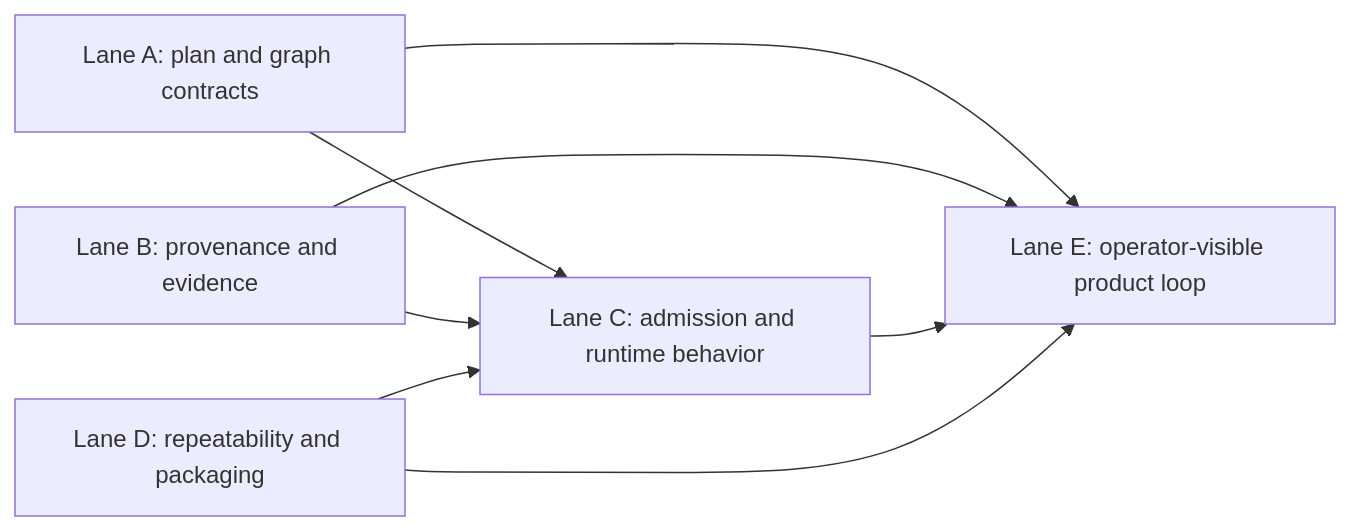
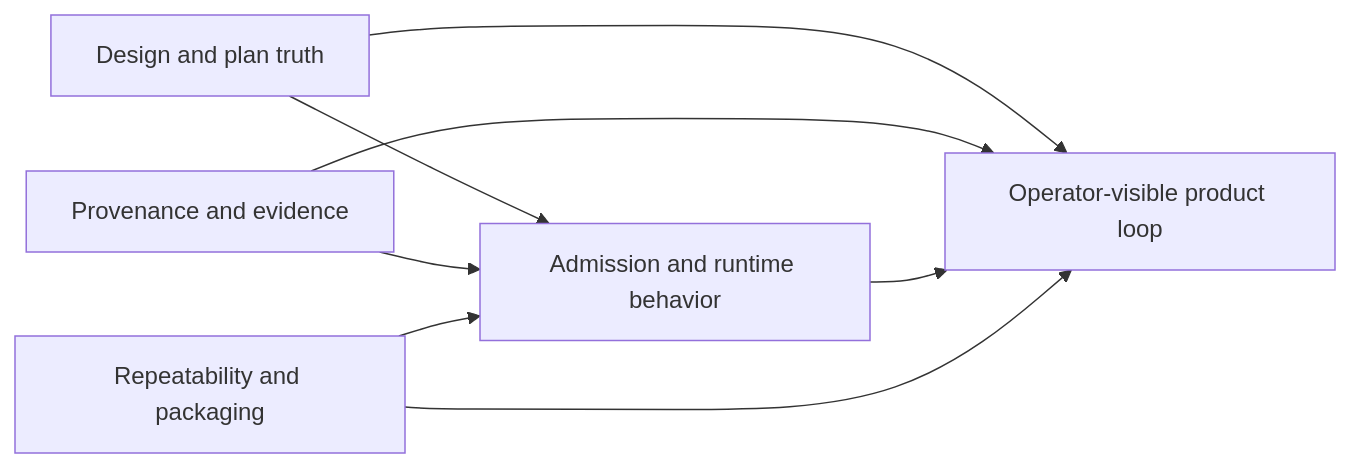
Before and after one commit to dunay2/dvt: the first of 3 diagrams in docs/planning/roadmap/strategic-product-roadmap.md, drawn with Mermaid. The commit also changed other lines of this file and 33 other files, not shown here.

````diff
--- a/docs/planning/roadmap/strategic-product-roadmap.md
+++ b/docs/planning/roadmap/strategic-product-roadmap.md
@@ -59,10 +60,10 @@
 ```mermaid
 flowchart LR
-    A["Lane A: plan and graph contracts"] --> C["Lane C: admission and runtime behavior"]
-    B["Lane B: provenance and evidence"] --> C
-    A --> E["Lane E: operator-visible product loop"]
+    A["Design and plan truth"] --> C["Admission and runtime behavior"]
+    B["Provenance and evidence"] --> C
+    A --> E["Operator-visible product loop"]
     B --> E
     C --> E
-    D["Lane D: repeatability and packaging"] --> C
+    D["Repeatability and packaging"] --> C
     D --> E
 ```
````
